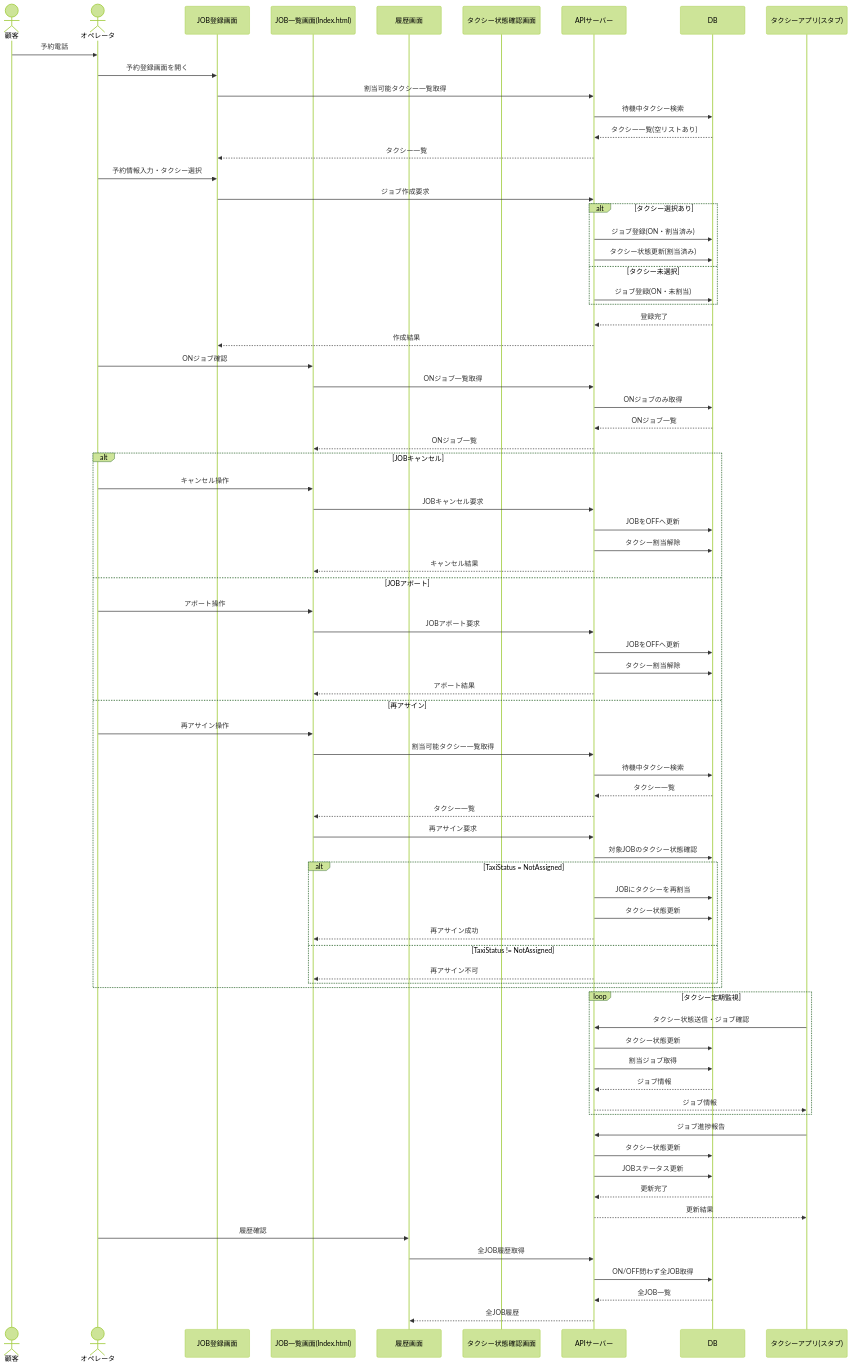
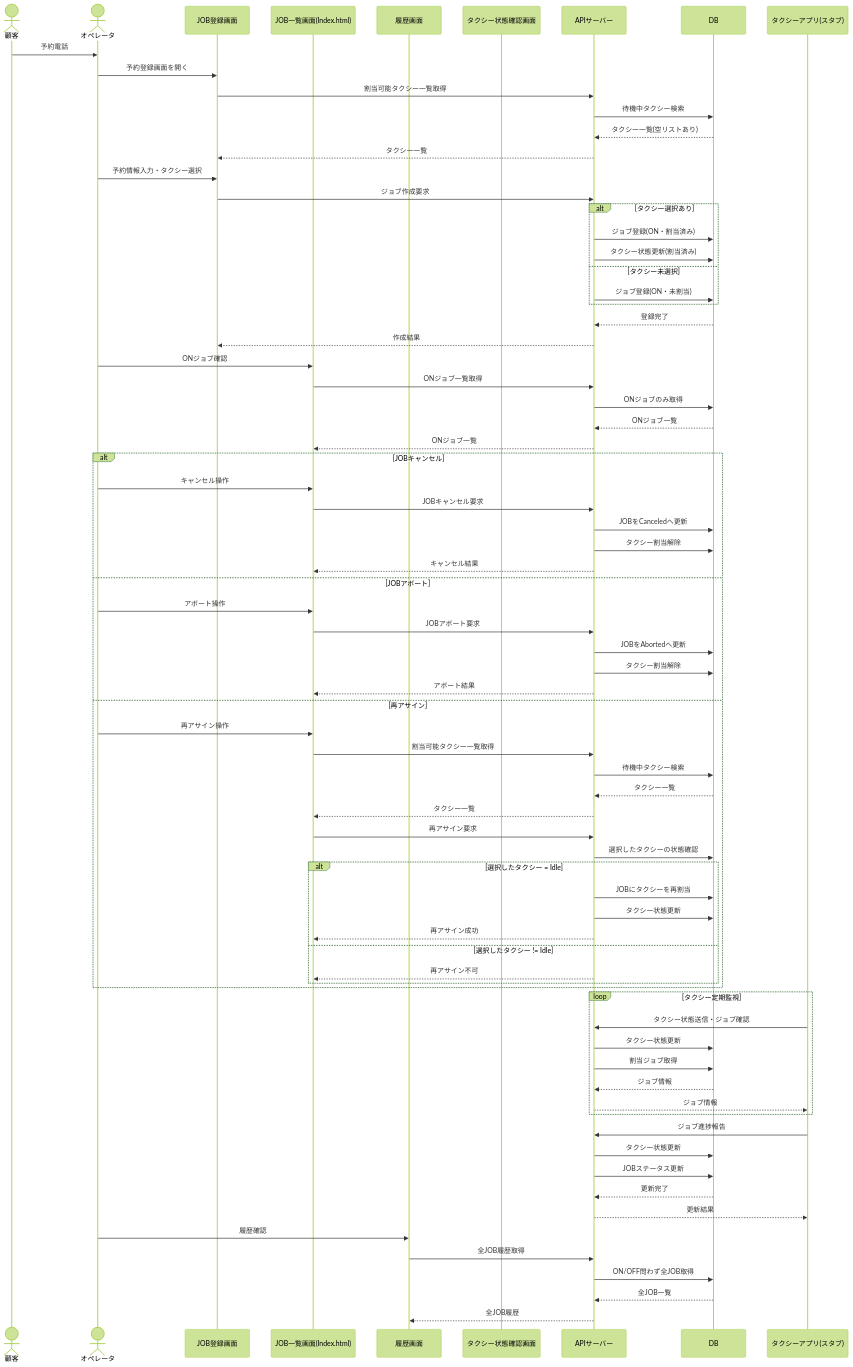
One commit to Jinks1911-origin/PP2_Team3 changed the first of 3 diagrams in README.md. Above: the diagram before and after it, drawn with Mermaid (forest theme). The commit also changed other lines of this file, not shown here.

```diff
--- a/README.md
+++ b/README.md
@@ -73,13 +73,13 @@
     alt JOBキャンセル
         Operator->>JobList: キャンセル操作
         JobList->>API: JOBキャンセル要求
-        API->>DB: JOBをOFFへ更新
+        API->>DB: JOBをCanceledへ更新
         API->>DB: タクシー割当解除
         API-->>JobList: キャンセル結果
     else JOBアボート
         Operator->>JobList: アボート操作
         JobList->>API: JOBアボート要求
-        API->>DB: JOBをOFFへ更新
+        API->>DB: JOBをAbortedへ更新
         API->>DB: タクシー割当解除
         API-->>JobList: アボート結果
     else 再アサイン
@@ -90,13 +90,13 @@
         API-->>JobList: タクシー一覧
 
         JobList->>API: 再アサイン要求
-        API->>DB: 対象JOBのタクシー状態確認
+        API->>DB: 選択したタクシーの状態確認
 
-        alt TaxiStatus = NotAssigned
+        alt 選択したタクシー = Idle
             API->>DB: JOBにタクシーを再割当
             API->>DB: タクシー状態更新
             API-->>JobList: 再アサイン成功
-        else TaxiStatus != NotAssigned
+        else 選択したタクシー != Idle
             API-->>JobList: 再アサイン不可
         end
     end
```
